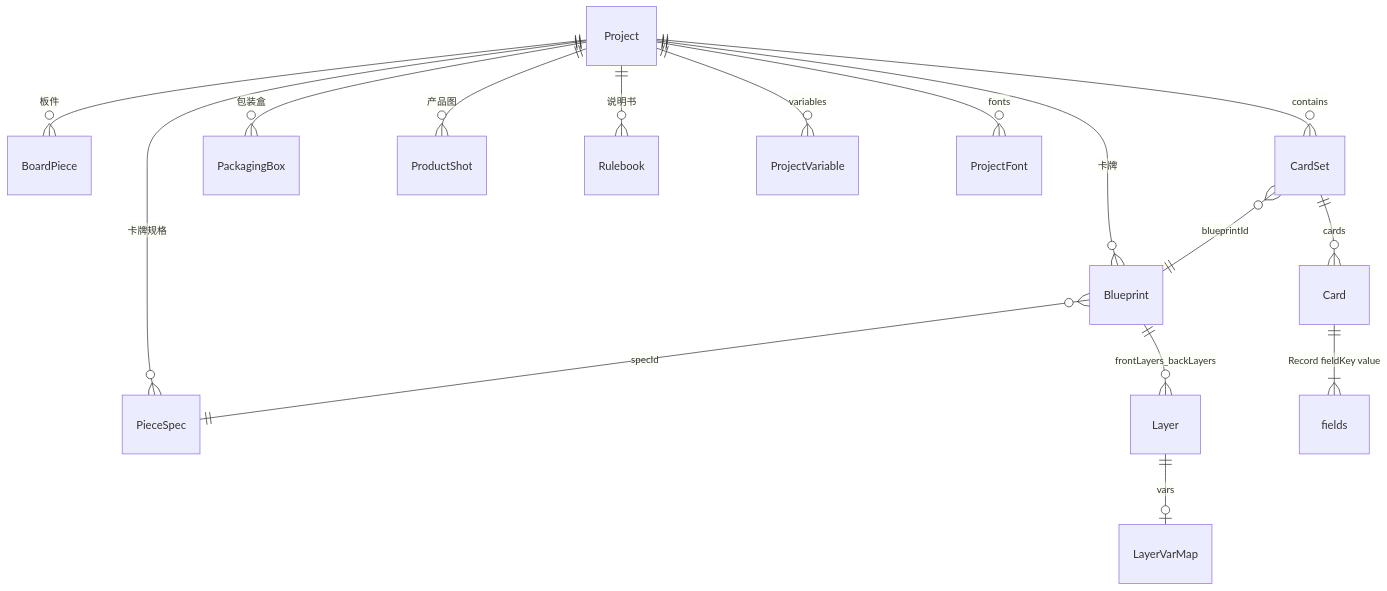
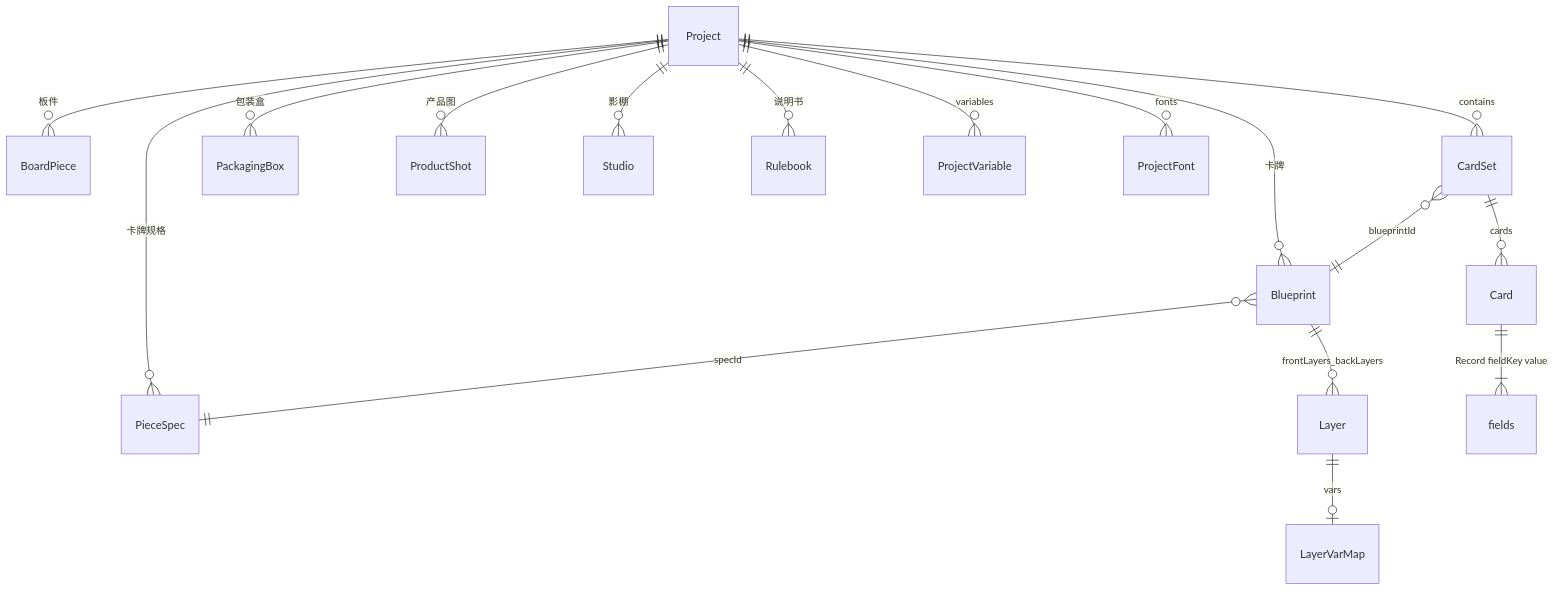
Before and after one commit to j410124383/TableTopMasterDesignDev: the diagram in docs/data-model.md, drawn with Mermaid. The commit also changed other lines of this file and 62 other files, not shown here.

````diff
--- a/docs/data-model.md
+++ b/docs/data-model.md
@@ -14,18 +14,19 @@
 ```mermaid
 erDiagram
   Project ||--o{ PieceSpec : "卡牌规格"
   Project ||--o{ Blueprint : "卡牌"
   Project ||--o{ BoardPiece : "板件"
   Project ||--o{ CardSet : contains
   Project ||--o{ PackagingBox : "包装盒"
   Project ||--o{ ProductShot : "产品图"
+  Project ||--o{ Studio : "影棚"
   Project ||--o{ Rulebook : "说明书"
   Blueprint }o--|| PieceSpec : specId
   Blueprint ||--o{ Layer : frontLayers_backLayers
   CardSet }o--|| Blueprint : blueprintId
   CardSet ||--o{ Card : cards
   Card ||--|{ fields : "Record fieldKey value"
   Layer ||--o| LayerVarMap : vars
   Project ||--o{ ProjectVariable : variables
   Project ||--o{ ProjectFont : fonts
 ```
````
